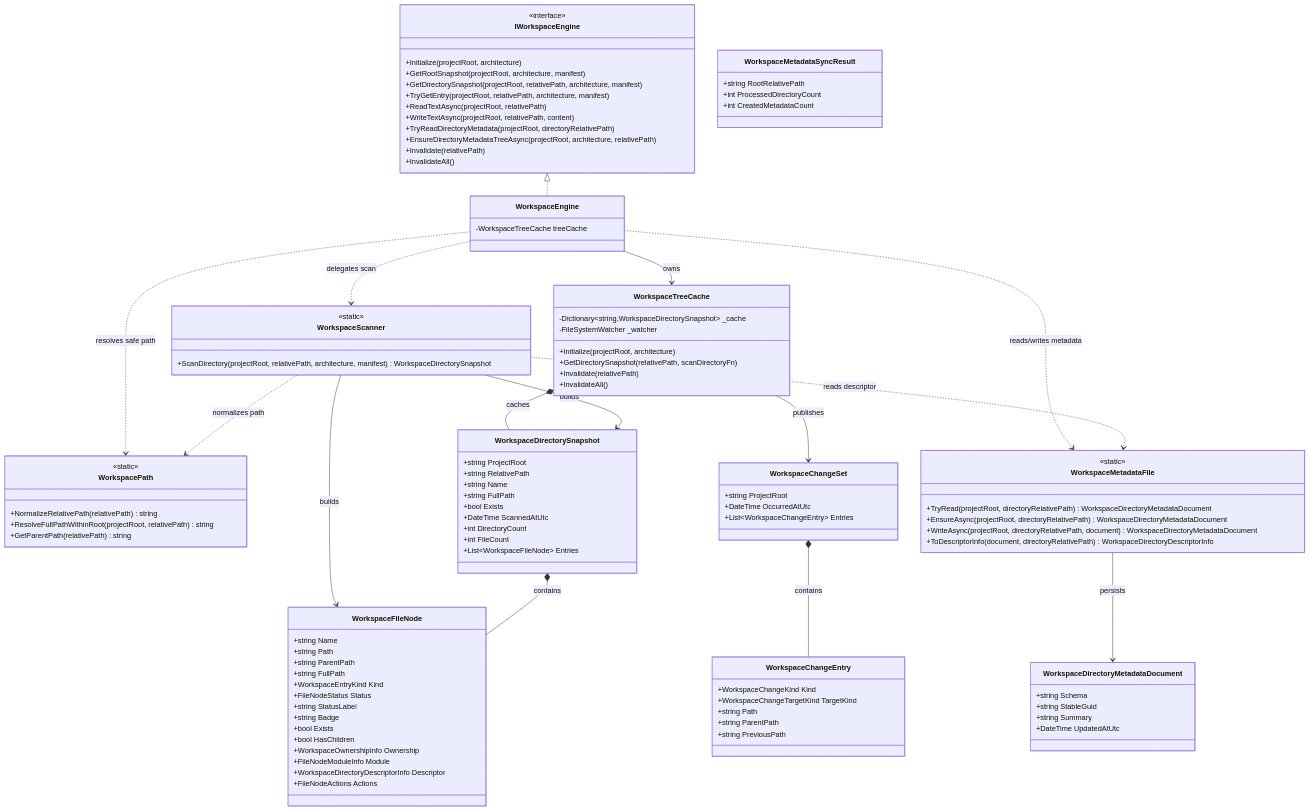
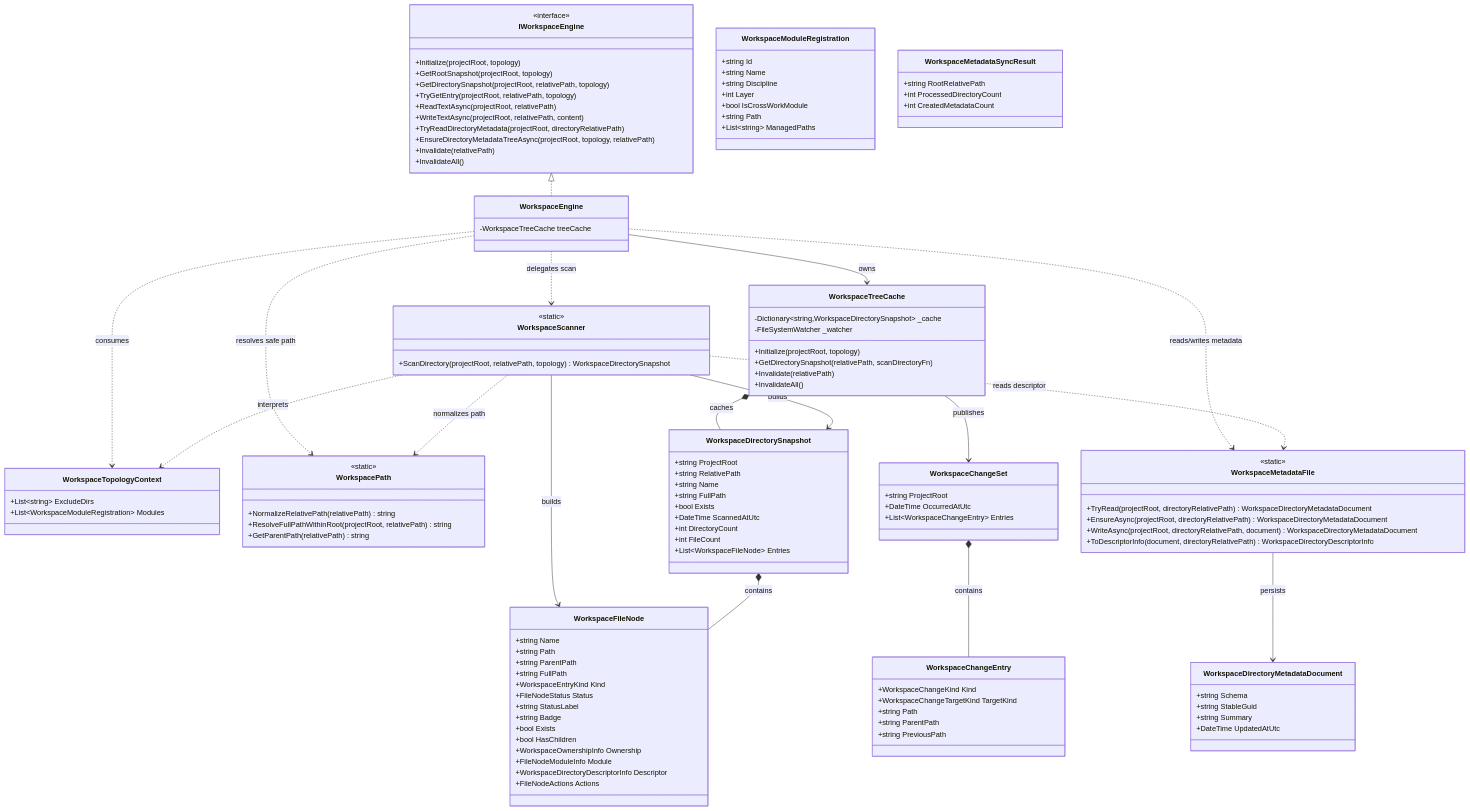
One commit to nan023062/project-dna changed the diagram in src/Dna.Knowledge/Workspace/CLASS-DIAGRAM.md. Above: the diagram before and after it, drawn with Mermaid. The commit also changed other lines of this file and 55 other files, not shown here.

Commit message:
refactor: remove legacy topo runtime and align memory flow

```diff
--- a/src/Dna.Knowledge/Workspace/CLASS-DIAGRAM.md
+++ b/src/Dna.Knowledge/Workspace/CLASS-DIAGRAM.md
@@ -33,14 +33,14 @@
 classDiagram
     class IWorkspaceEngine {
         <<interface>>
-        +Initialize(projectRoot, architecture)
-        +GetRootSnapshot(projectRoot, architecture, manifest)
-        +GetDirectorySnapshot(projectRoot, relativePath, architecture, manifest)
-        +TryGetEntry(projectRoot, relativePath, architecture, manifest)
+        +Initialize(projectRoot, topology)
+        +GetRootSnapshot(projectRoot, topology)
+        +GetDirectorySnapshot(projectRoot, relativePath, topology)
+        +TryGetEntry(projectRoot, relativePath, topology)
         +ReadTextAsync(projectRoot, relativePath)
         +WriteTextAsync(projectRoot, relativePath, content)
         +TryReadDirectoryMetadata(projectRoot, directoryRelativePath)
-        +EnsureDirectoryMetadataTreeAsync(projectRoot, architecture, relativePath)
+        +EnsureDirectoryMetadataTreeAsync(projectRoot, topology, relativePath)
         +Invalidate(relativePath)
         +InvalidateAll()
     }
@@ -52,7 +52,7 @@
     class WorkspaceTreeCache {
         -Dictionary~string,WorkspaceDirectorySnapshot~ _cache
         -FileSystemWatcher _watcher
-        +Initialize(projectRoot, architecture)
+        +Initialize(projectRoot, topology)
         +GetDirectorySnapshot(relativePath, scanDirectoryFn)
         +Invalidate(relativePath)
         +InvalidateAll()
@@ -60,7 +60,22 @@
 
     class WorkspaceScanner {
         <<static>>
-        +ScanDirectory(projectRoot, relativePath, architecture, manifest) WorkspaceDirectorySnapshot
+        +ScanDirectory(projectRoot, relativePath, topology) WorkspaceDirectorySnapshot
+    }
+
+    class WorkspaceTopologyContext {
+        +List~string~ ExcludeDirs
+        +List~WorkspaceModuleRegistration~ Modules
+    }
+
+    class WorkspaceModuleRegistration {
+        +string Id
+        +string Name
+        +string Discipline
+        +int Layer
+        +bool IsCrossWorkModule
+        +string Path
+        +List~string~ ManagedPaths
     }
 
     class WorkspacePath {
@@ -139,6 +154,7 @@
     WorkspaceEngine ..> WorkspaceScanner : delegates scan
     WorkspaceEngine ..> WorkspacePath : resolves safe path
     WorkspaceEngine ..> WorkspaceMetadataFile : reads/writes metadata
+    WorkspaceEngine ..> WorkspaceTopologyContext : consumes
 
     WorkspaceTreeCache *-- WorkspaceDirectorySnapshot : caches
     WorkspaceTreeCache --> WorkspaceChangeSet : publishes
@@ -147,6 +163,7 @@
     WorkspaceScanner --> WorkspaceFileNode : builds
     WorkspaceScanner ..> WorkspaceMetadataFile : reads descriptor
     WorkspaceScanner ..> WorkspacePath : normalizes path
+    WorkspaceScanner ..> WorkspaceTopologyContext : interprets
 
     WorkspaceDirectorySnapshot *-- WorkspaceFileNode : contains
     WorkspaceMetadataFile --> WorkspaceDirectoryMetadataDocument : persists
```
